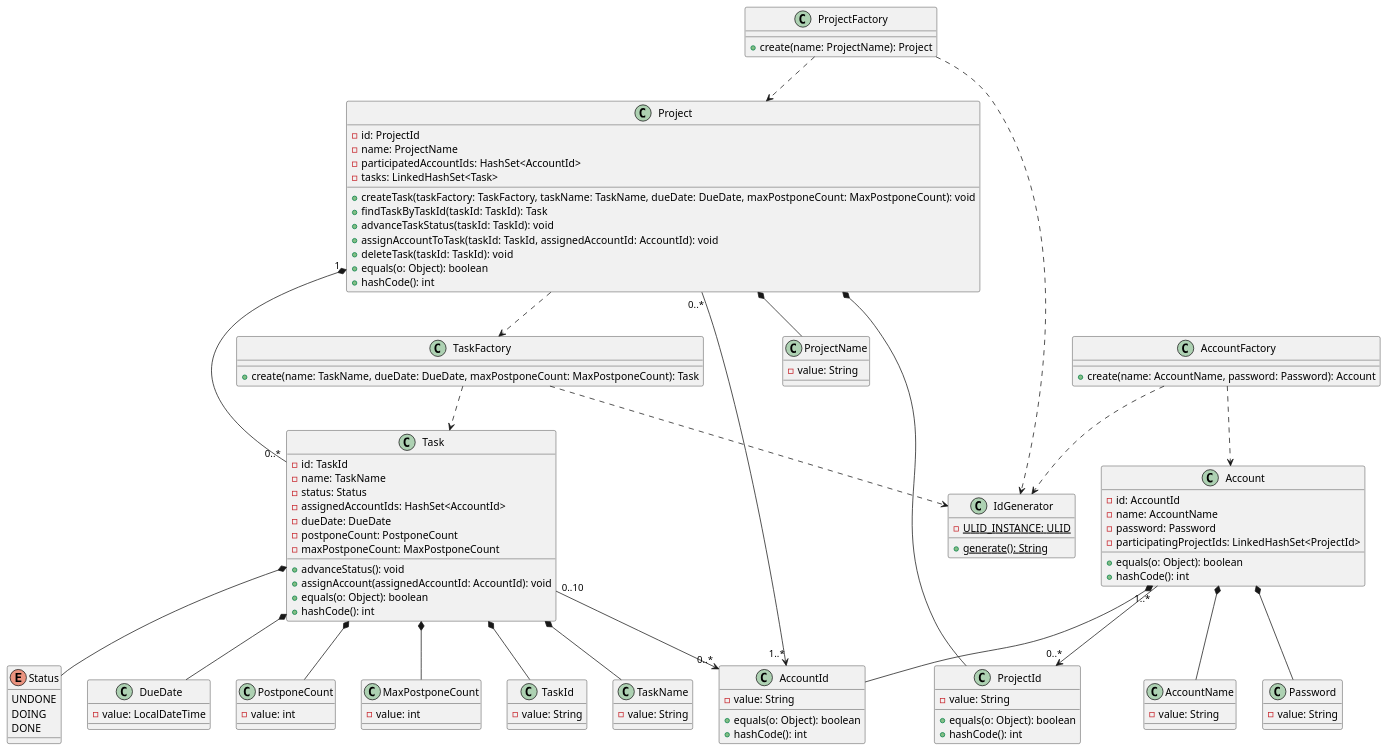
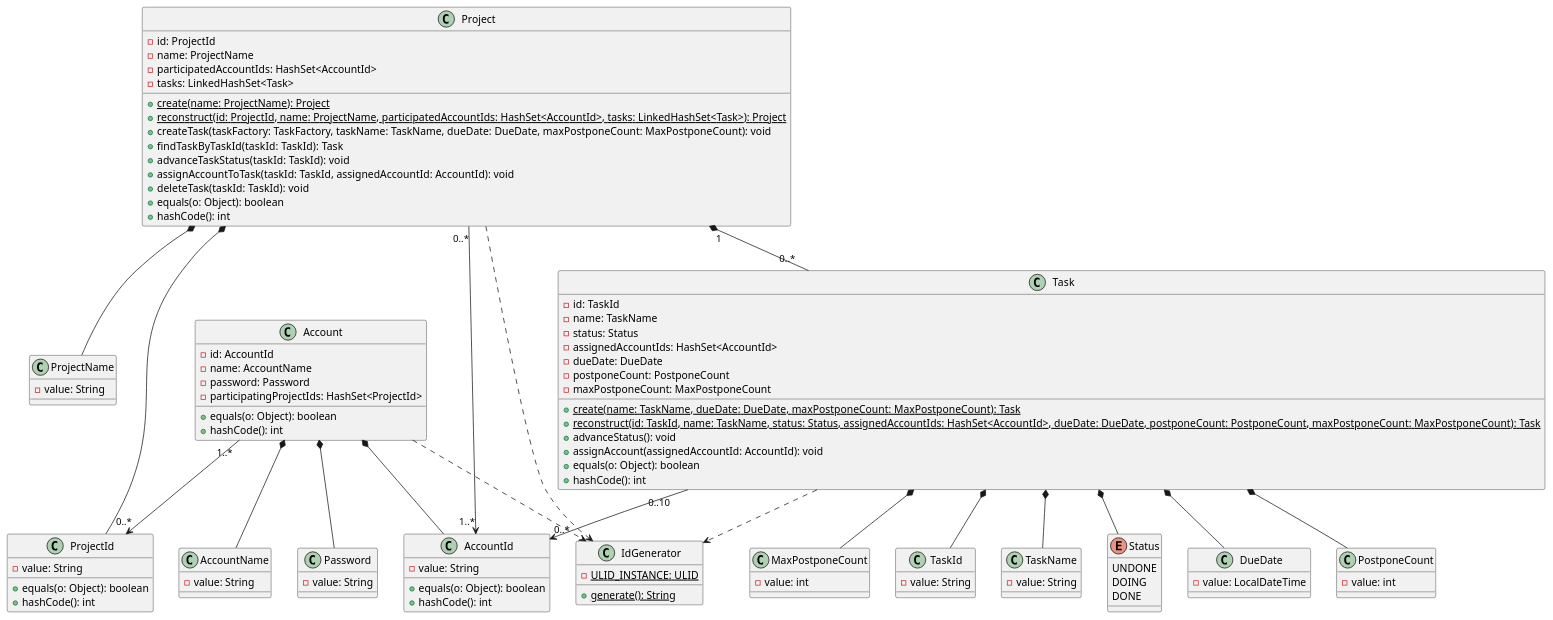
Before and after one commit to ORIKAMIxNEP/playground: the diagram in uml/class.puml, drawn with PlantUML. The commit also changed 12 other files, not shown here.

```diff
--- a/uml/class.puml
+++ b/uml/class.puml
@@ -1,133 +1,118 @@
 @startuml
 class Account {
   - id: AccountId
   - name: AccountName
   - password: Password
-  - participatingProjectIds: LinkedHashSet<ProjectId>
+  - participatingProjectIds: HashSet<ProjectId>
   + equals(o: Object): boolean
   + hashCode(): int
 }
 
 class AccountId {
   - value: String
   + equals(o: Object): boolean
   + hashCode(): int
 }
 
 class AccountName {
   - value: String
 }
 
 class Password {
   - value: String
 }
 
 Account *-- AccountId
 Account *-- AccountName
 Account *-- Password
 Account "1..*" --> "0..*" ProjectId
-
-class AccountFactory {
-  + create(name: AccountName, password: Password): Account
-}
-
-AccountFactory ..> Account
-AccountFactory ..> IdGenerator
+Account ..> IdGenerator
 
 class Project {
   - id: ProjectId
   - name: ProjectName
   - participatedAccountIds: HashSet<AccountId>
   - tasks: LinkedHashSet<Task>
+  {static} + create(name: ProjectName): Project
+  {static} + reconstruct(id: ProjectId, name: ProjectName, participatedAccountIds: HashSet<AccountId>, tasks: LinkedHashSet<Task>): Project
   + createTask(taskFactory: TaskFactory, taskName: TaskName, dueDate: DueDate, maxPostponeCount: MaxPostponeCount): void
   + findTaskByTaskId(taskId: TaskId): Task
   + advanceTaskStatus(taskId: TaskId): void
   + assignAccountToTask(taskId: TaskId, assignedAccountId: AccountId): void
   + deleteTask(taskId: TaskId): void
   + equals(o: Object): boolean
   + hashCode(): int
 }
 
 class ProjectId {
   - value: String
   + equals(o: Object): boolean
   + hashCode(): int
 }
 
 class ProjectName {
   - value: String
 }
 
 Project *-- ProjectId
 Project *-- ProjectName
 Project "0..*" --> "1..*" AccountId
 Project "1" *-- "0..*" Task
-Project ..> TaskFactory
-
-class ProjectFactory {
-  + create(name: ProjectName): Project
-}
-
-ProjectFactory ..> Project
-ProjectFactory ..> IdGenerator
+Project ..> IdGenerator
 
 class Task {
   - id: TaskId
   - name: TaskName
   - status: Status
   - assignedAccountIds: HashSet<AccountId>
   - dueDate: DueDate
   - postponeCount: PostponeCount
   - maxPostponeCount: MaxPostponeCount
+  {static} + create(name: TaskName, dueDate: DueDate, maxPostponeCount: MaxPostponeCount): Task
+  {static} + reconstruct(id: TaskId, name: TaskName, status: Status, assignedAccountIds: HashSet<AccountId>, dueDate: DueDate, postponeCount: PostponeCount, maxPostponeCount: MaxPostponeCount): Task
   + advanceStatus(): void
   + assignAccount(assignedAccountId: AccountId): void
   + equals(o: Object): boolean
   + hashCode(): int
 }
 
 class TaskId {
   - value: String
 }
 
 class TaskName {
   - value: String
 }
 
 enum Status {
   UNDONE
   DOING
   DONE
 }
 
 class DueDate {
   - value: LocalDateTime
 }
 
 class PostponeCount {
   - value: int
 }
 
 class MaxPostponeCount {
   - value: int
 }
 
 Task *-- TaskId
 Task *-- TaskName
 Task *-- Status
 Task "0..10" --> "0..*" AccountId
 Task *-- DueDate
 Task *-- PostponeCount
 Task *-- MaxPostponeCount
-
-class TaskFactory {
-  + create(name: TaskName, dueDate: DueDate, maxPostponeCount: MaxPostponeCount): Task
-}
-
-TaskFactory ..> Task
-TaskFactory ..> IdGenerator
+Task ..> IdGenerator
 
 class IdGenerator {
   {static} - ULID_INSTANCE: ULID
   {static} + generate(): String
 }
 @enduml
```
